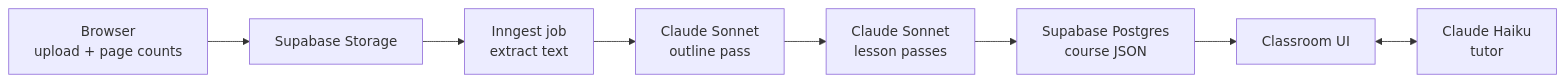
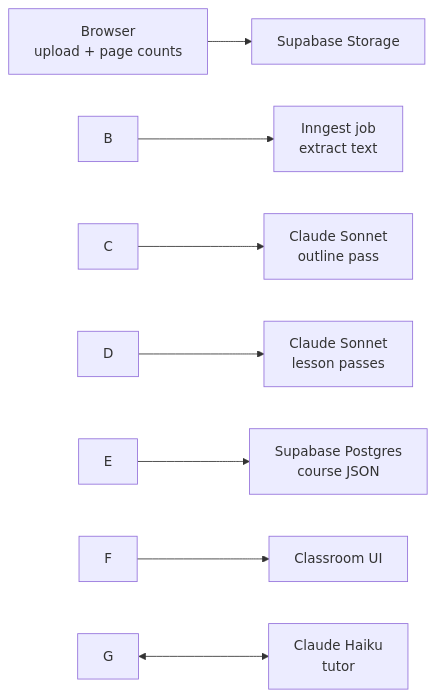
The diagram in PLAN.md (HarvrMcCann/UniTute), drawn with Mermaid before and after one commit. The commit also changed other lines of this file and 1 other file, not shown here.

Commit message:
Add Supabase variable names to .env.example

````diff
--- a/PLAN.md
+++ b/PLAN.md
@@ -42,10 +42,10 @@
 ```mermaid
 flowchart LR
-    A[Browser<br/>upload + page counts] --> B[Supabase Storage]
-    B --> C[Inngest job<br/>extract text]
-    C --> D[Claude Sonnet<br/>outline pass]
-    D --> E[Claude Sonnet<br/>lesson passes]
-    E --> F[Supabase Postgres<br/>course JSON]
-    F --> G[Classroom UI]
-    G <--> H[Claude Haiku<br/>tutor]
+    A\\\\\\\[Browser<br/>upload + page counts] --> B\\\\\\\[Supabase Storage]
+    B --> C\\\\\\\[Inngest job<br/>extract text]
+    C --> D\\\\\\\[Claude Sonnet<br/>outline pass]
+    D --> E\\\\\\\[Claude Sonnet<br/>lesson passes]
+    E --> F\\\\\\\[Supabase Postgres<br/>course JSON]
+    F --> G\\\\\\\[Classroom UI]
+    G <--> H\\\\\\\[Claude Haiku<br/>tutor]
 ```
````
